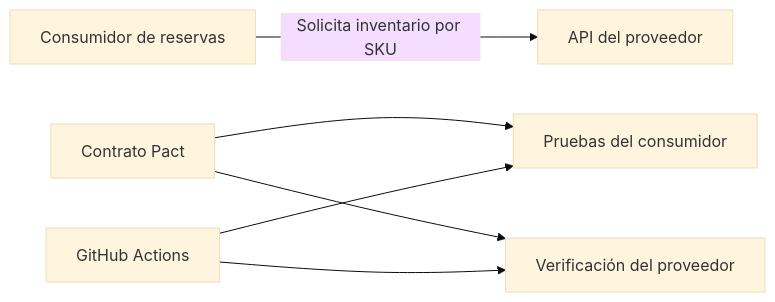
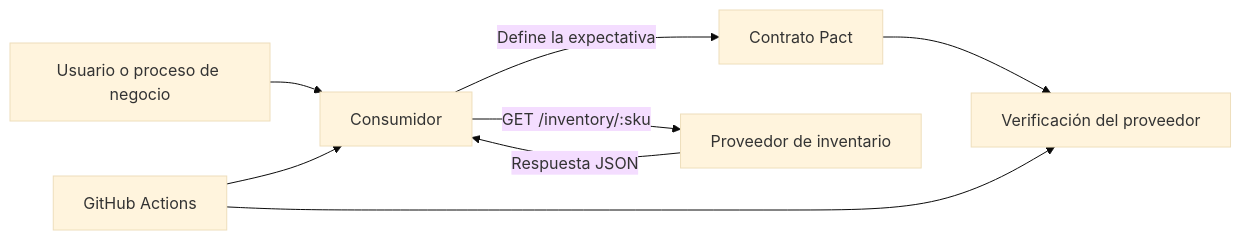
One commit to mchiroyl/Pact-Consumer-Provider-Validation changed the first of 4 diagrams in README.md. Above: the diagram before and after it, drawn with Mermaid (base theme). The commit also changed other lines of this file, not shown here.

Commit message:
Mejora de legibilidad en diagramas del README

````diff
--- a/README.md
+++ b/README.md
@@ -17,8 +17,10 @@
 ```mermaid
 flowchart LR
-    A[Consumidor de reservas] -->|Solicita inventario por SKU| B[API del proveedor]
-    C[Contrato Pact] --> D[Pruebas del consumidor]
-    C --> E[Verificación del proveedor]
-    F[GitHub Actions] --> D
-    F --> E
+    U[Usuario o proceso de negocio] --> C[Consumidor]
+    C -->|Define la expectativa| PACT[Contrato Pact]
+    C -->|GET /inventory/:sku| API[Proveedor de inventario]
+    API -->|Respuesta JSON| C
+    PACT --> V[Verificación del proveedor]
+    CI[GitHub Actions] --> C
+    CI --> V
 ```
````
